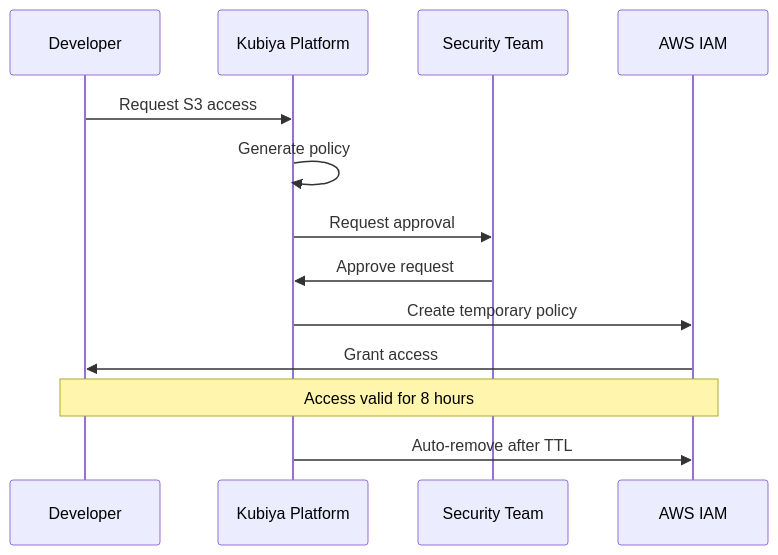
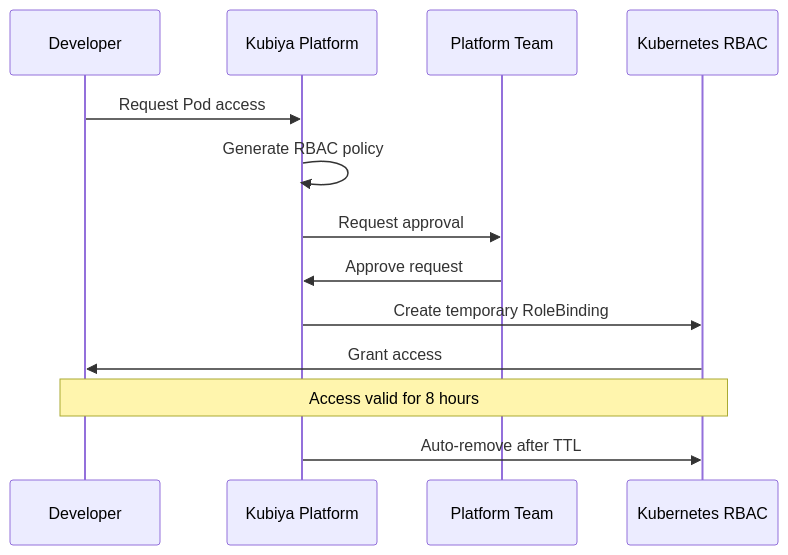
Before and after one commit to kubiyabot/terraform-modules: the fourth of 5 diagrams in kubernetes-jit/terraform/README.md, drawn with Mermaid. The commit also changed other lines of this file, not shown here.

````diff
--- a/kubernetes-jit/terraform/README.md
+++ b/kubernetes-jit/terraform/README.md
@@ -208,16 +225,16 @@
 ```mermaid
 sequenceDiagram
     participant Dev as Developer
     participant Kubiya as Kubiya Platform
-    participant Approver as Security Team
-    participant AWS as AWS IAM
+    participant Approver as Platform Team
+    participant K8s as Kubernetes RBAC
     
-    Dev->>Kubiya: Request S3 access
-    Kubiya->>Kubiya: Generate policy
+    Dev->>Kubiya: Request Pod access
+    Kubiya->>Kubiya: Generate RBAC policy
     Kubiya->>Approver: Request approval
     Approver->>Kubiya: Approve request
-    Kubiya->>AWS: Create temporary policy
-    AWS->>Dev: Grant access
-    Note over Dev,AWS: Access valid for 8 hours
-    Kubiya->>AWS: Auto-remove after TTL
+    Kubiya->>K8s: Create temporary RoleBinding
+    K8s->>Dev: Grant access
+    Note over Dev,K8s: Access valid for 8 hours
+    Kubiya->>K8s: Auto-remove after TTL
 ```
````
